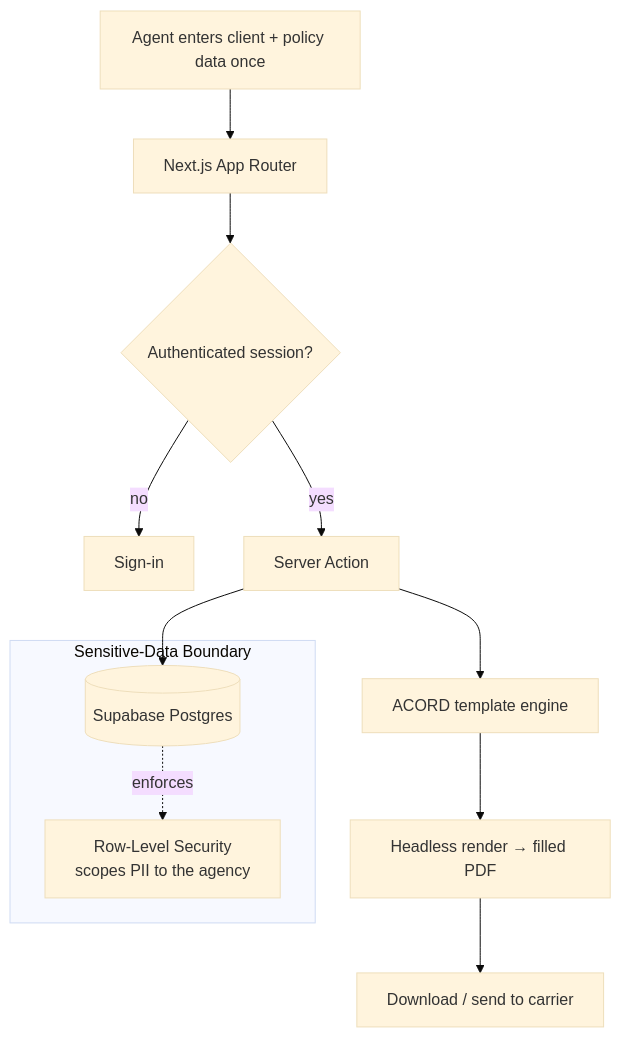
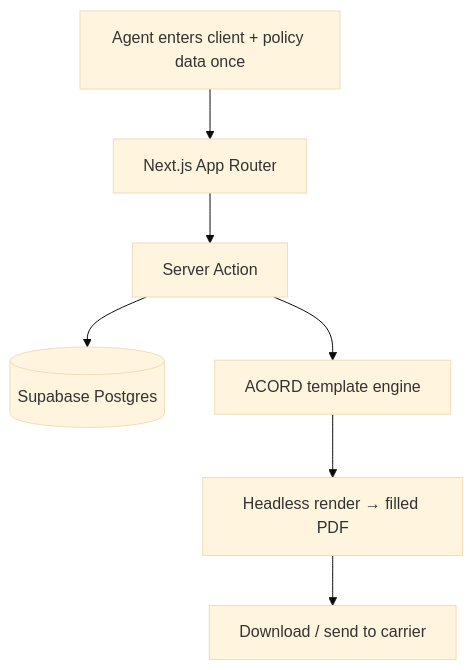
The diagram in case-studies/policypilot.md (smzubs/portfolio), drawn with Mermaid (base theme) before and after one commit. The commit also changed other lines of this file and 5 other files, not shown here.

````diff
--- a/case-studies/policypilot.md
+++ b/case-studies/policypilot.md
@@ -41,17 +51,9 @@
 ```mermaid
 flowchart TD
     A[Agent enters client + policy data once] --> B[Next.js App Router]
-    B --> C{Authenticated session?}
-    C -->|no| D[Sign-in]
-    C -->|yes| E[Server Action]
-    E --> F[(Supabase Postgres)]
-    F -. enforces .-> G[Row-Level Security<br/>scopes PII to the agency]
-    E --> H[ACORD template engine]
+    B --> C[Server Action]
+    C --> F[(Supabase Postgres)]
+    C --> H[ACORD template engine]
     H --> I[Headless render → filled PDF]
     I --> J[Download / send to carrier]
-
-    subgraph Sensitive-Data Boundary
-        F
-        G
-    end
 ```
````
